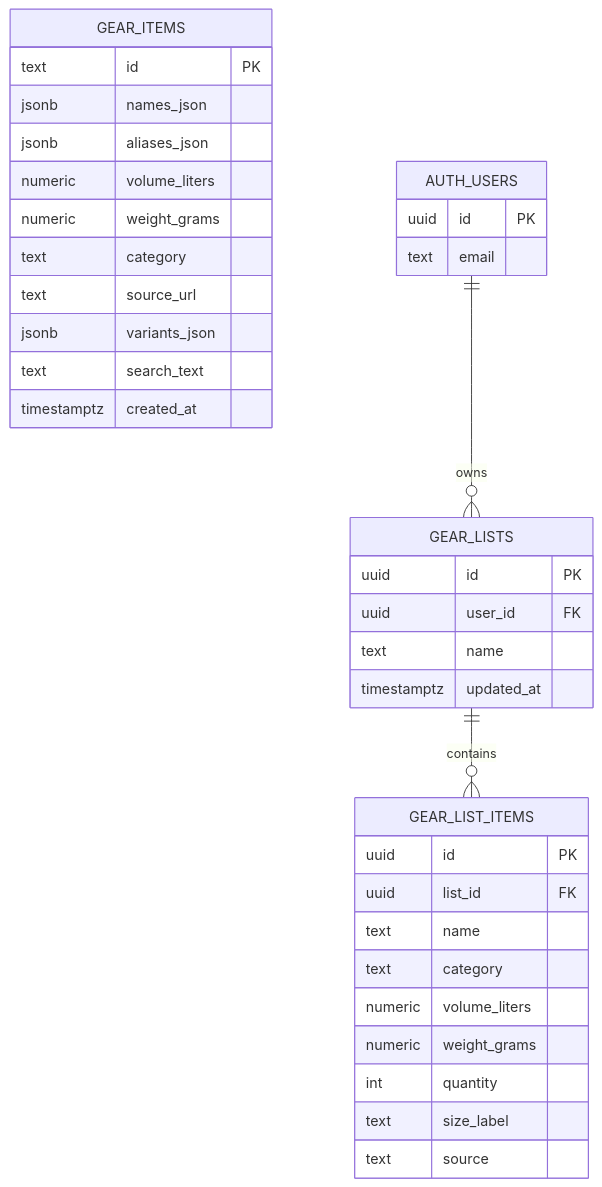
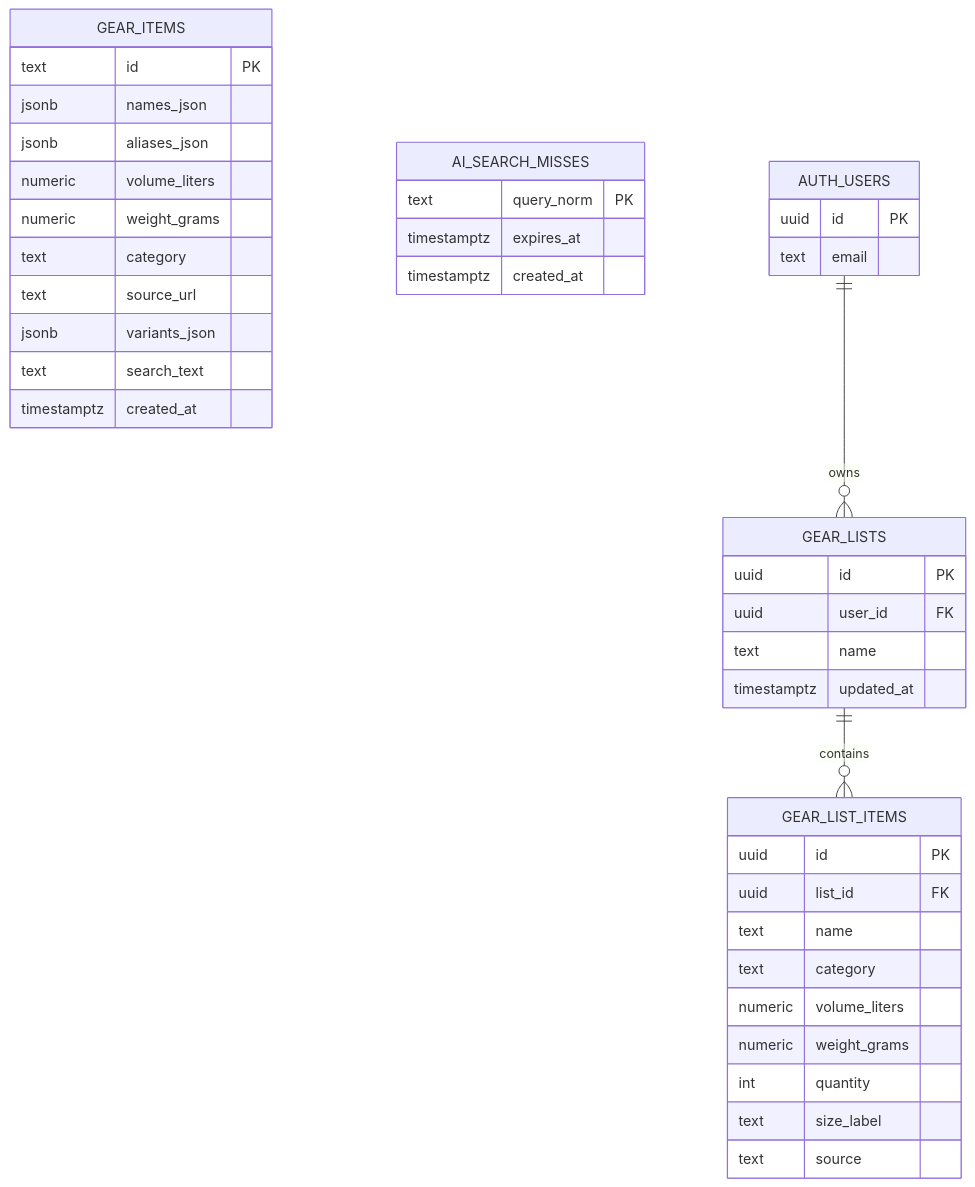
The fifth of 12 diagrams in docs/architecture.md (alexzhel-io/veloadout), drawn with Mermaid before and after one commit. The commit also changed other lines of this file and 1 other file, not shown here.

First line of the commit message:
docs: rewrite architecture & operations as narrative — reads like an article

````diff
--- a/docs/architecture.md
+++ b/docs/architecture.md
@@ -224,42 +454,48 @@
 ```mermaid
 erDiagram
     GEAR_ITEMS {
         text id PK
         jsonb names_json
         jsonb aliases_json
         numeric volume_liters
         numeric weight_grams
         text category
         text source_url
         jsonb variants_json
         text search_text
+        timestamptz created_at
+    }
+
+    AI_SEARCH_MISSES {
+        text query_norm PK
+        timestamptz expires_at
         timestamptz created_at
     }
 
     AUTH_USERS {
         uuid id PK
         text email
     }
 
     GEAR_LISTS {
         uuid id PK
         uuid user_id FK
         text name
         timestamptz updated_at
     }
 
     GEAR_LIST_ITEMS {
         uuid id PK
         uuid list_id FK
         text name
         text category
         numeric volume_liters
         numeric weight_grams
         int quantity
         text size_label
         text source
     }
 
     AUTH_USERS ||--o{ GEAR_LISTS : owns
     GEAR_LISTS ||--o{ GEAR_LIST_ITEMS : contains
 ```
````
